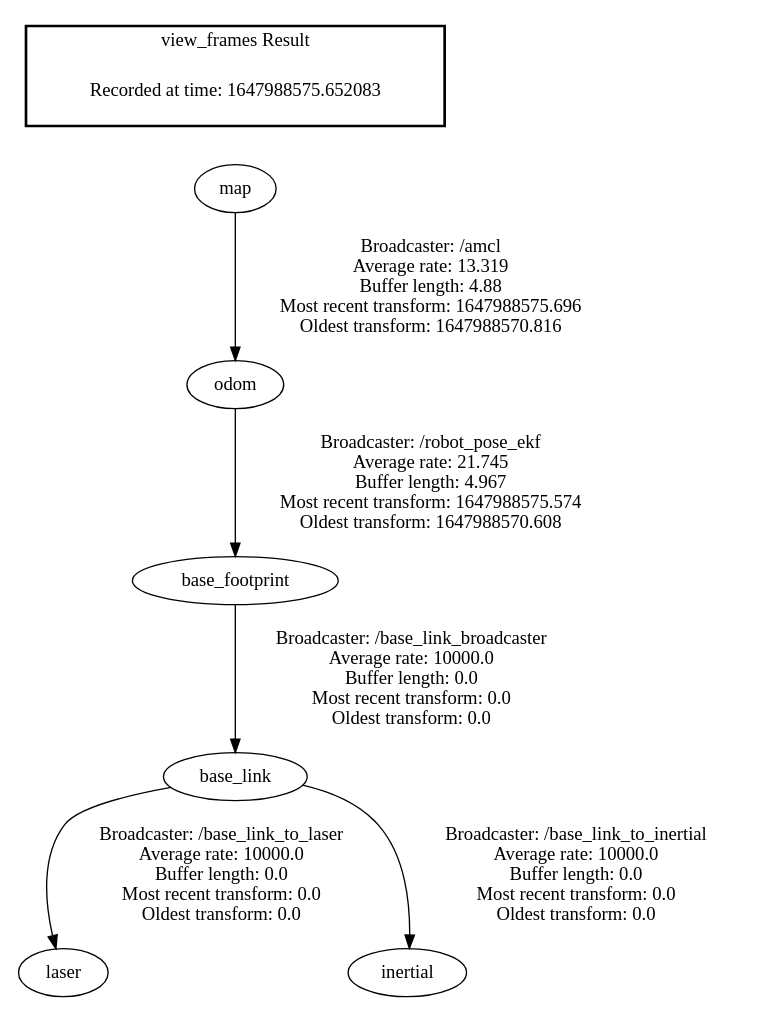
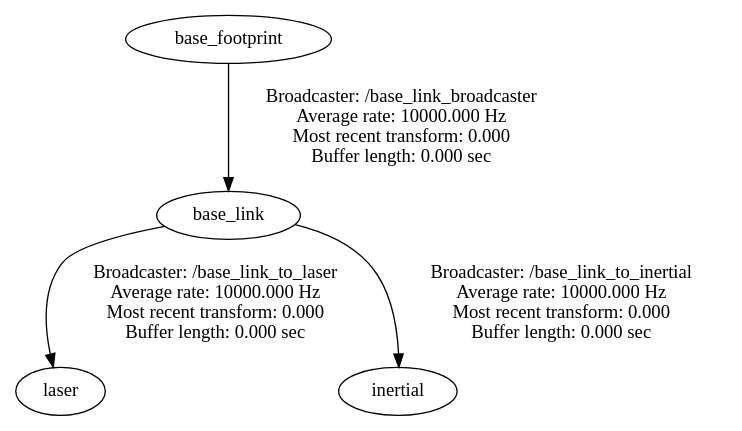
The diagram in catkin_ws/frames.gv (Aemon777/chickies-robot), drawn with Graphviz before and after one commit. The commit also changed 16 other files, not shown here.

```diff
--- a/catkin_ws/frames.gv
+++ b/catkin_ws/frames.gv
@@ -1,11 +1,5 @@
 digraph G {
-"base_link" -> "laser"[label=" Broadcaster: /base_link_to_laser\nAverage rate: 10000.0\nBuffer length: 0.0\nMost recent transform: 0.0\nOldest transform: 0.0\n"];
-"base_footprint" -> "base_link"[label=" Broadcaster: /base_link_broadcaster\nAverage rate: 10000.0\nBuffer length: 0.0\nMost recent transform: 0.0\nOldest transform: 0.0\n"];
-"odom" -> "base_footprint"[label=" Broadcaster: /robot_pose_ekf\nAverage rate: 21.745\nBuffer length: 4.967\nMost recent transform: 1647988575.574\nOldest transform: 1647988570.608\n"];
-"base_link" -> "inertial"[label=" Broadcaster: /base_link_to_inertial\nAverage rate: 10000.0\nBuffer length: 0.0\nMost recent transform: 0.0\nOldest transform: 0.0\n"];
-"map" -> "odom"[label=" Broadcaster: /amcl\nAverage rate: 13.319\nBuffer length: 4.88\nMost recent transform: 1647988575.696\nOldest transform: 1647988570.816\n"];
-edge [style=invis];
- subgraph cluster_legend { style=bold; color=black; label ="view_frames Result";
-"Recorded at time: 1647988575.652083"[ shape=plaintext ] ;
-}->"map";
+"base_link" -> "laser"[label="Broadcaster: /base_link_to_laser\nAverage rate: 10000.000 Hz\nMost recent transform: 0.000 \nBuffer length: 0.000 sec\n"];
+"base_footprint" -> "base_link"[label="Broadcaster: /base_link_broadcaster\nAverage rate: 10000.000 Hz\nMost recent transform: 0.000 \nBuffer length: 0.000 sec\n"];
+"base_link" -> "inertial"[label="Broadcaster: /base_link_to_inertial\nAverage rate: 10000.000 Hz\nMost recent transform: 0.000 \nBuffer length: 0.000 sec\n"];
 }
```
